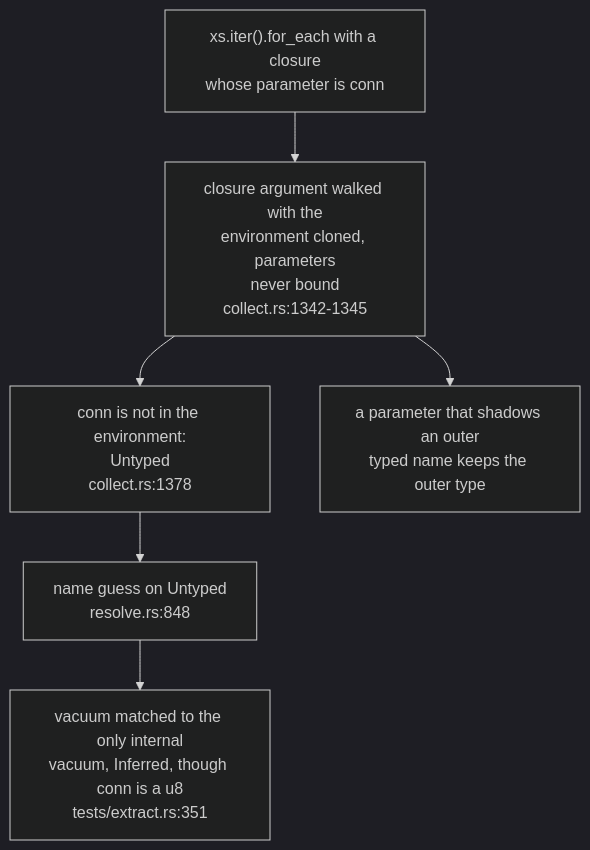
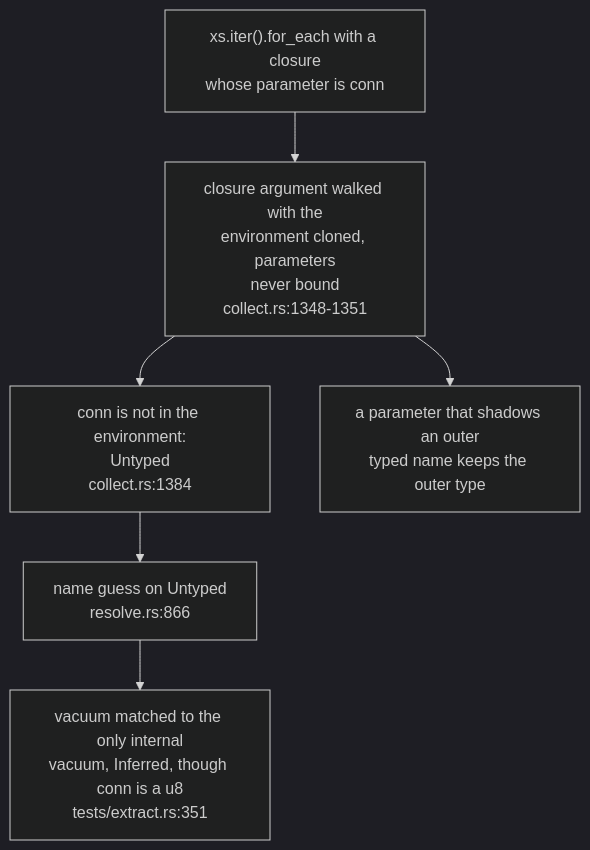
One commit to DreamLab-AI/codemaid changed the sixth of 6 diagrams in docs/diagrams/extract/05-workspace-name-resolution.md. Above: the diagram before and after it, drawn with Mermaid (dark theme). The commit also changed other lines of this file and 23 other files, not shown here.

````diff
--- a/docs/diagrams/extract/05-workspace-name-resolution.md
+++ b/docs/diagrams/extract/05-workspace-name-resolution.md
@@ -282,11 +302,11 @@
 ```mermaid
 flowchart TB
     C["xs.iter().for_each with a closure<br/>whose parameter is conn"]
-    AR["closure argument walked with the<br/>environment cloned, parameters<br/>never bound<br/>collect.rs:1342-1345"]
-    RV["conn is not in the environment:<br/>Untyped<br/>collect.rs:1378"]
-    BN["name guess on Untyped<br/>resolve.rs:848"]
+    AR["closure argument walked with the<br/>environment cloned, parameters<br/>never bound<br/>collect.rs:1348-1351"]
+    RV["conn is not in the environment:<br/>Untyped<br/>collect.rs:1384"]
+    BN["name guess on Untyped<br/>resolve.rs:866"]
     G["vacuum matched to the only internal<br/>vacuum, Inferred, though conn is a u8<br/>tests/extract.rs:351"]
     SH["a parameter that shadows an outer<br/>typed name keeps the outer type"]
     C --> AR --> RV --> BN --> G
     AR --> SH
 ```
````
